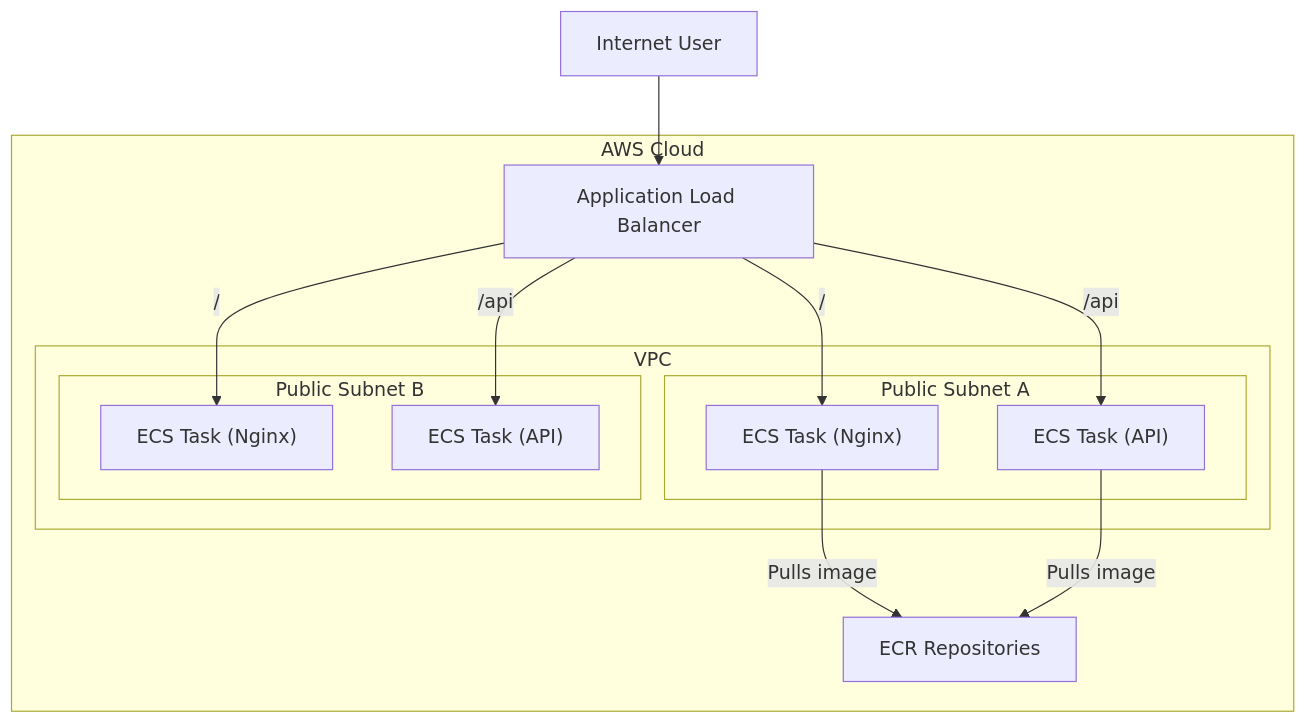
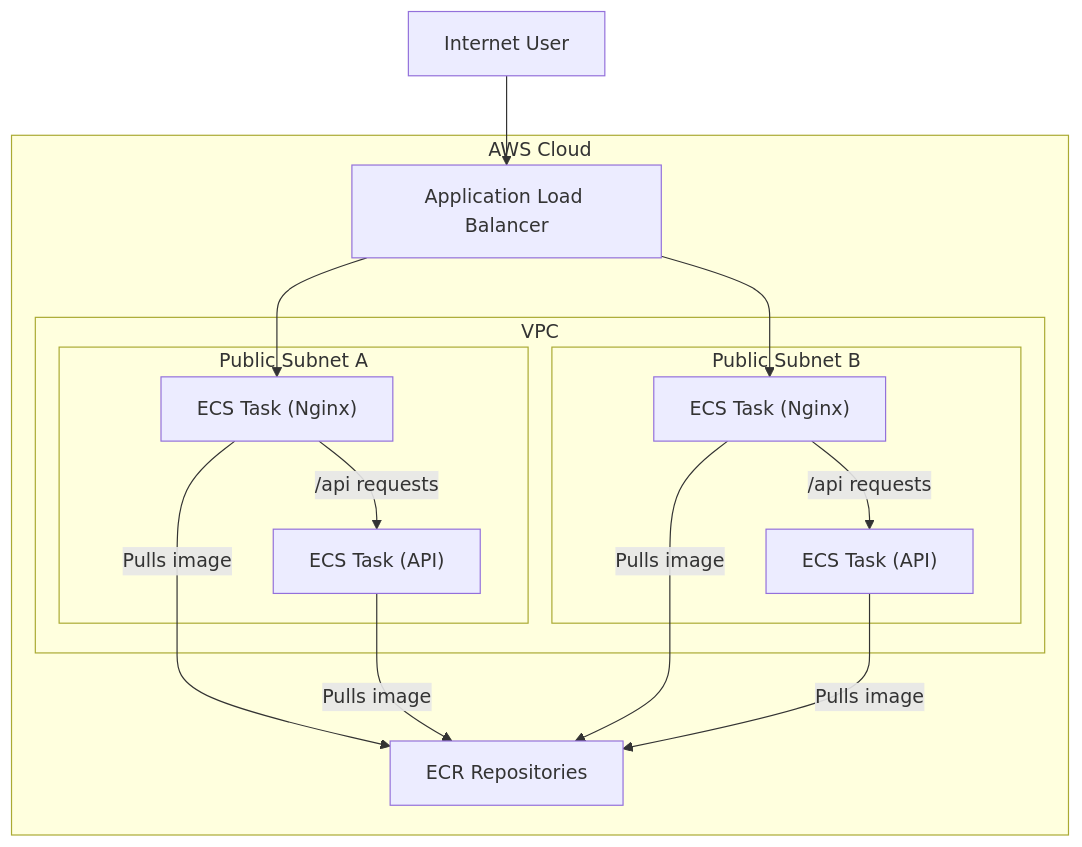
Before and after one commit to zhu-weijie/regitrack: the second of 2 diagrams in docs/stage02.md, drawn with Mermaid.

Commit message:
Stage 02

````diff
--- a/docs/stage02.md
+++ b/docs/stage02.md
@@ -19,25 +19,33 @@
 ```mermaid
 graph TD
   subgraph "AWS Cloud"
     ALB[Application Load Balancer]
     ECR[ECR Repositories]
     subgraph "VPC"
       subgraph "Public Subnet A"
         NginxTaskA["ECS Task (Nginx)"]
         ApiTaskA["ECS Task (API)"]
       end
       subgraph "Public Subnet B"
         NginxTaskB["ECS Task (Nginx)"]
         ApiTaskB["ECS Task (API)"]
       end
     end
   end
 
   User[Internet User] --> ALB
-  ALB -- "/" --> NginxTaskA
-  ALB -- "/" --> NginxTaskB
-  ALB -- "/api" --> ApiTaskA
-  ALB -- "/api" --> ApiTaskB
-  NginxTaskA -- Pulls image --> ECR
-  ApiTaskA -- Pulls image --> ECR
+  
+  %% ALB only talks to Nginx
+  ALB --> NginxTaskA
+  ALB --> NginxTaskB
+
+  %% Nginx proxies traffic to the API service
+  NginxTaskA -- "/api requests" --> ApiTaskA
+  NginxTaskB -- "/api requests" --> ApiTaskB
+  
+  %% Tasks pull images from ECR
+  NginxTaskA -- "Pulls image" --> ECR
+  ApiTaskA -- "Pulls image" --> ECR
+  NginxTaskB -- "Pulls image" --> ECR
+  ApiTaskB -- "Pulls image" --> ECR
 ```
````
